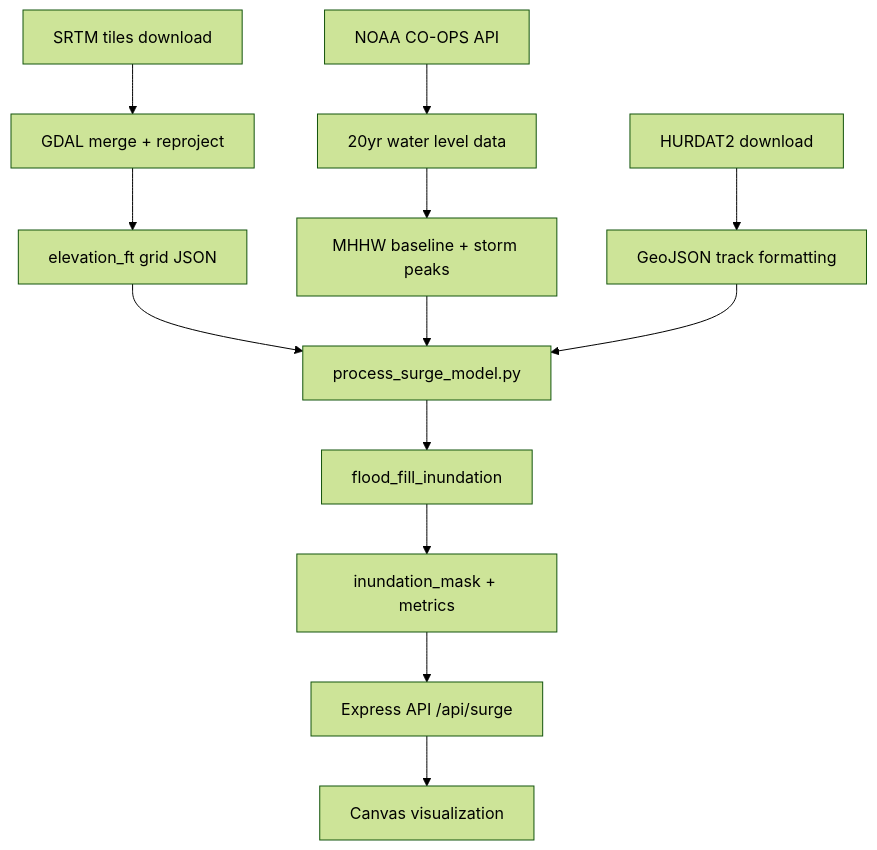
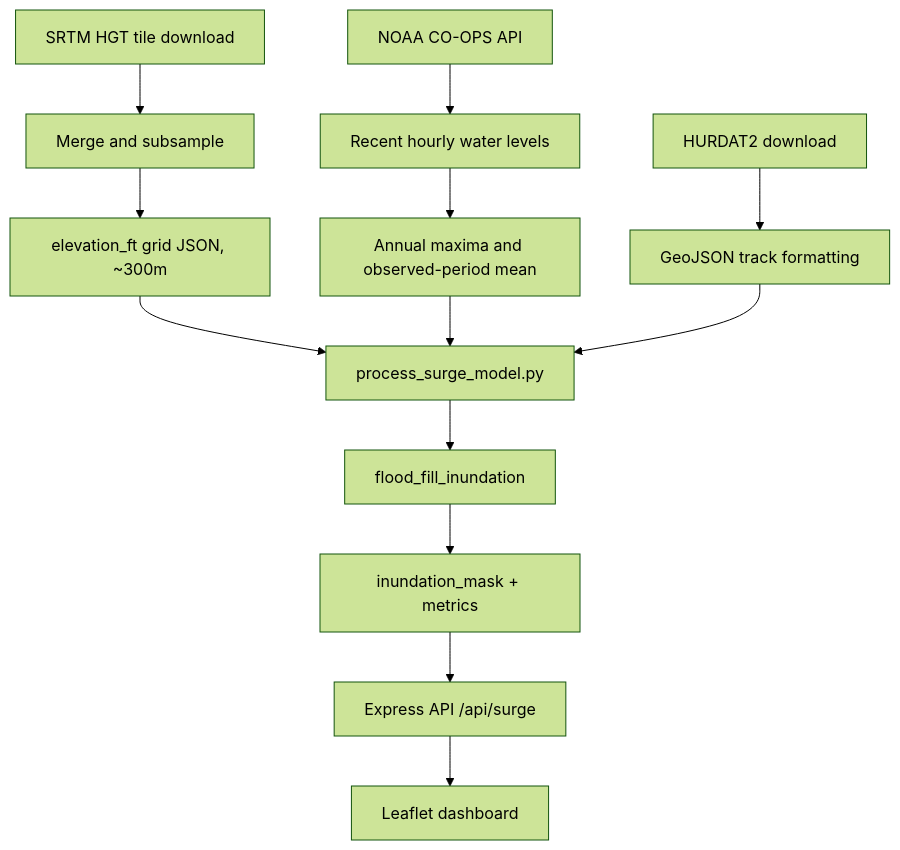
Before and after one commit to Trixx4191/TIDEWATCH: the diagram in docs/Methodology.md, drawn with Mermaid (forest theme). The commit also changed other lines of this file and 18 other files, not shown here.

````diff
--- a/docs/Methodology.md
+++ b/docs/Methodology.md
@@ -136,13 +106,13 @@
 ```mermaid
 flowchart TD
-    A[SRTM tiles download] --> B[GDAL merge + reproject]
-    B --> C[elevation_ft grid JSON]
-    D[NOAA CO-OPS API] --> E[20yr water level data]
-    E --> F[MHHW baseline + storm peaks]
+    A[SRTM HGT tile download] --> B[Merge and subsample]
+    B --> C[elevation_ft grid JSON, ~300m]
+    D[NOAA CO-OPS API] --> E[Recent hourly water levels]
+    E --> F[Annual maxima and observed-period mean]
     G[HURDAT2 download] --> H[GeoJSON track formatting]
     C & F & H --> I[process_surge_model.py]
     I --> J[flood_fill_inundation]
     J --> K[inundation_mask + metrics]
     K --> L[Express API /api/surge]
-    L --> M[Canvas visualization]
+    L --> M[Leaflet dashboard]
 ```
````
